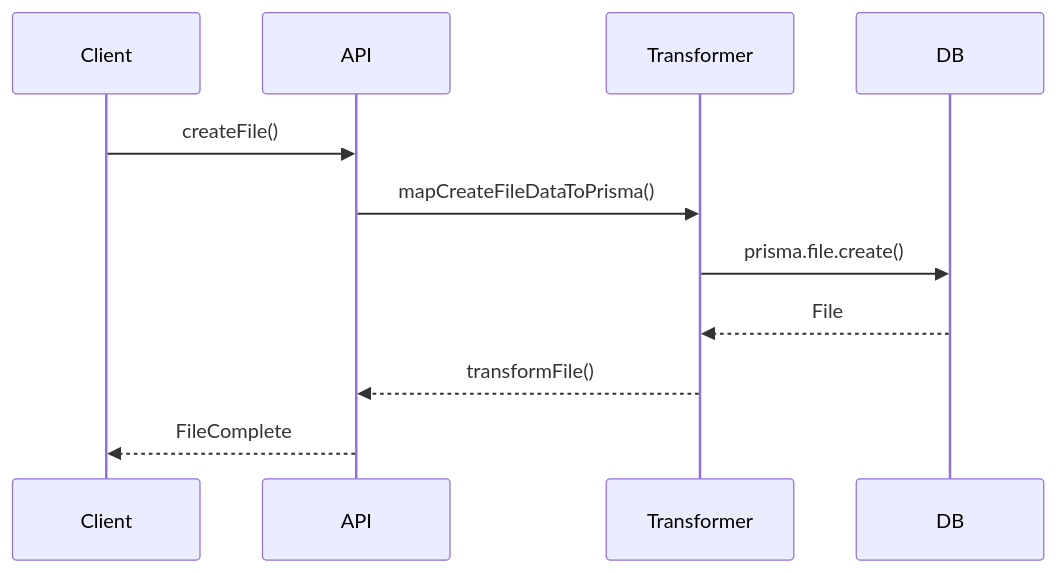
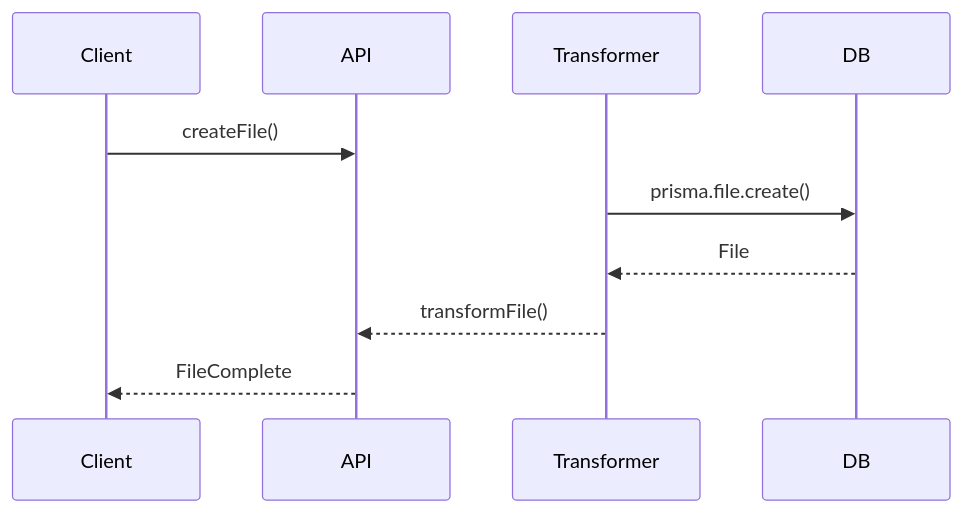
Before and after one commit to gvastethecreator/media-manager: the second of 2 diagrams in src/types/entities/file/documentation.md, drawn with Mermaid. The commit also changed 176 other files, not shown here.

````diff
--- a/src/types/entities/file/documentation.md
+++ b/src/types/entities/file/documentation.md
@@ -47,13 +47,13 @@
 ```mermaid
 sequenceDiagram
     participant Client
     participant API
     participant Transformer
     participant DB
     Client->>API: createFile()
-    API->>Transformer: mapCreateFileDataToPrisma()
+    
     Transformer->>DB: prisma.file.create()
     DB-->>Transformer: File
     Transformer-->>API: transformFile()
     API-->>Client: FileComplete
 ```
````
